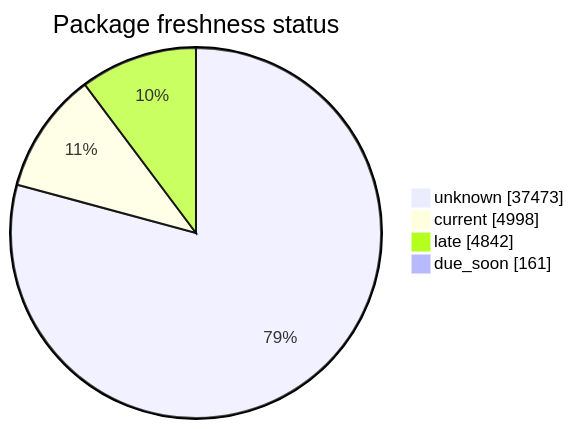
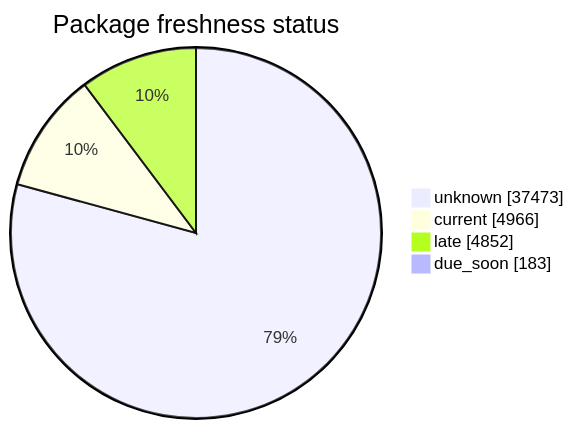
The second of 5 diagrams in FreshCheck/README.md (open-data/analytics-corporate-reporting), drawn with Mermaid before and after one commit. The commit also changed other lines of this file and 3 other files, not shown here.

````diff
--- a/FreshCheck/README.md
+++ b/FreshCheck/README.md
@@ -69,7 +69,7 @@
 ```mermaid
 pie showData title Package freshness status
     "unknown": 37473
-    "current": 4998
-    "late": 4842
-    "due_soon": 161
+    "current": 4966
+    "late": 4852
+    "due_soon": 183
 ```
````
